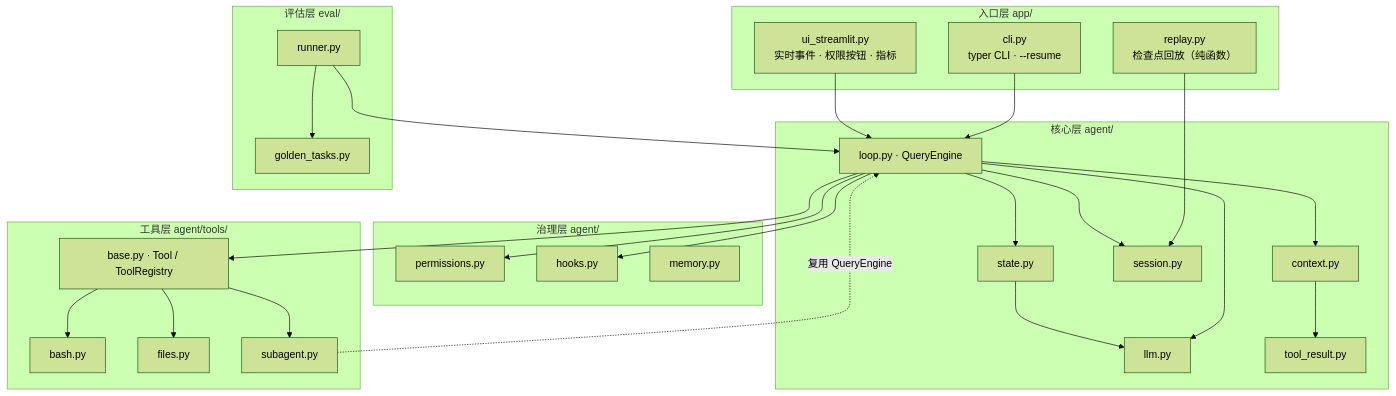
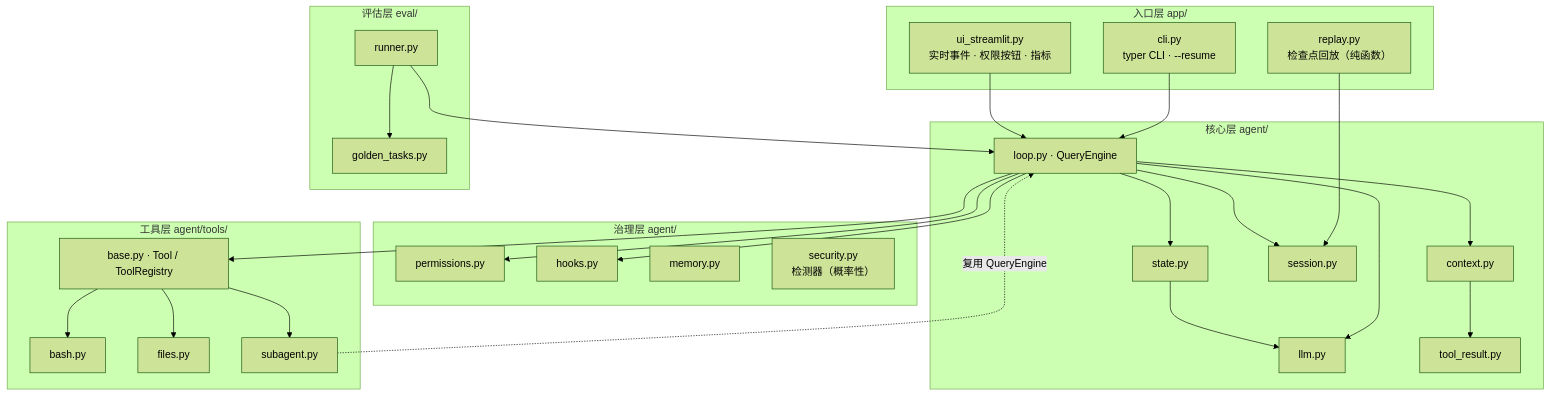
One commit to Goat-Donk/mini-coding changed the first of 8 diagrams in docs/architecture.md. Above: the diagram before and after it, drawn with Mermaid (forest theme). The commit also changed other lines of this file and 5 other files, not shown here.

````diff
--- a/docs/architecture.md
+++ b/docs/architecture.md
@@ -16,54 +16,55 @@
 ```mermaid
 flowchart TB
     subgraph ENTRY["入口层 app/"]
         CLI["cli.py<br/>typer CLI · --resume"]
         UI["ui_streamlit.py<br/>实时事件 · 权限按钮 · 指标"]
         RP["replay.py<br/>检查点回放（纯函数）"]
     end
 
     subgraph CORE["核心层 agent/"]
         LOOP["loop.py · QueryEngine"]
         LLM["llm.py"]
         STATE["state.py"]
         CTX["context.py"]
         TR["tool_result.py"]
         SESS["session.py"]
     end
 
     subgraph GOV["治理层 agent/"]
         PERM["permissions.py"]
         HOOK["hooks.py"]
         MEM["memory.py"]
+        SEC["security.py<br/>检测器（概率性）"]
     end
 
     subgraph TOOLS["工具层 agent/tools/"]
         BASE["base.py · Tool / ToolRegistry"]
         BASH["bash.py"]
         FILES["files.py"]
         SUB["subagent.py"]
     end
 
     subgraph EVAL["评估层 eval/"]
         GT["golden_tasks.py"]
         RUN["runner.py"]
     end
 
     CLI --> LOOP
     UI --> LOOP
     RP --> SESS
     LOOP --> LLM
     LOOP --> STATE
     LOOP --> CTX
     LOOP --> SESS
     LOOP --> PERM
     LOOP --> HOOK
     LOOP --> BASE
     CTX --> TR
     STATE --> LLM
     BASE --> BASH
     BASE --> FILES
     BASE --> SUB
     SUB -. 复用 QueryEngine .-> LOOP
     RUN --> GT
     RUN --> LOOP
 ```
````
